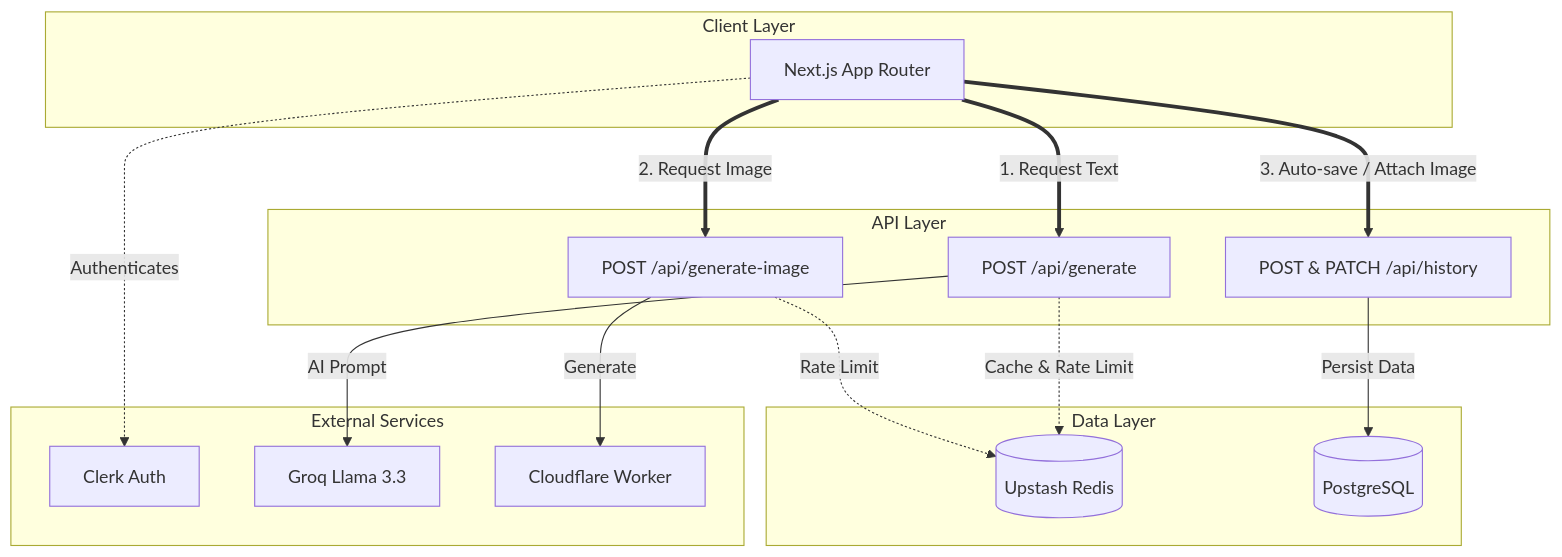
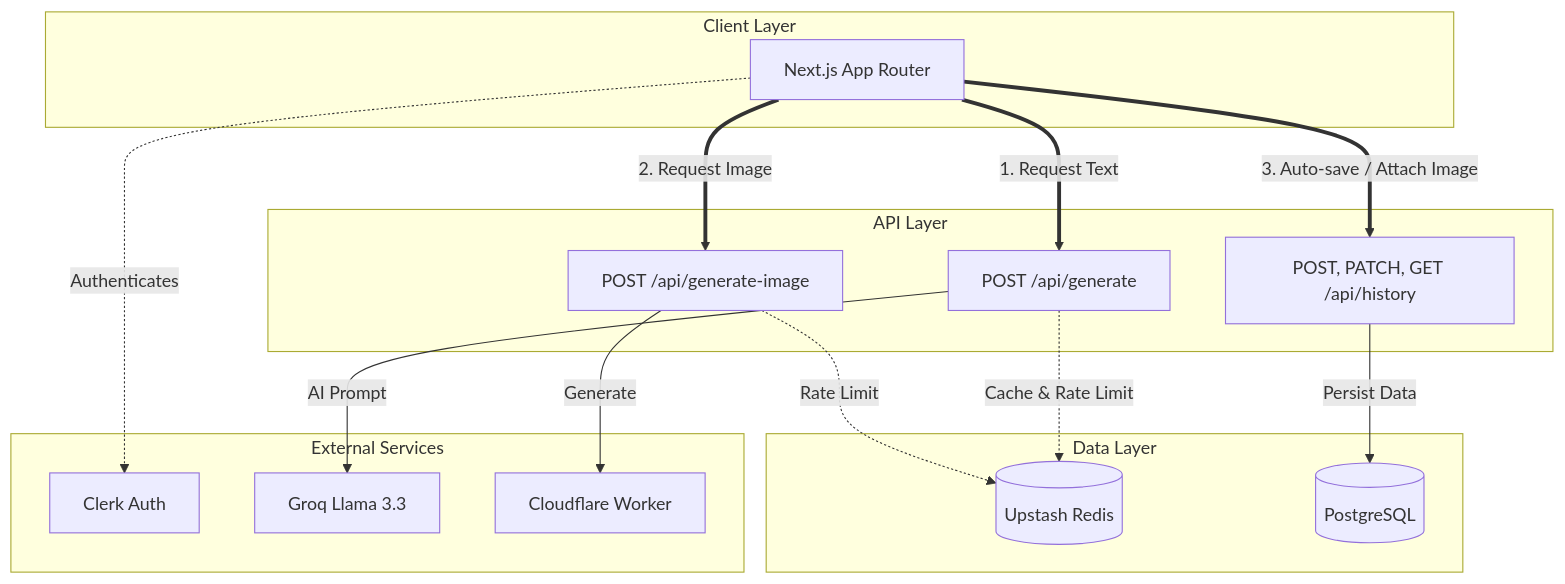
The diagram in README.md (FayssalSabri/LinkedInGenerator), drawn with Mermaid before and after one commit. The commit also changed other lines of this file, not shown here.

````diff
--- a/README.md
+++ b/README.md
@@ -48,36 +60,36 @@
 ```mermaid
 flowchart TD
     subgraph Frontend [Client Layer]
         Client[Next.js App Router]
     end
 
     subgraph API [API Layer]
         GenAPI[POST /api/generate]
         ImgAPI[POST /api/generate-image]
-        HistAPI[POST & PATCH /api/history]
+        HistAPI[POST, PATCH, GET /api/history]
     end
 
     subgraph External [External Services]
         Clerk[Clerk Auth]
         Groq[Groq Llama 3.3]
         CF[Cloudflare Worker]
     end
 
     subgraph Data [Data Layer]
         Redis[(Upstash Redis)]
         DB[(PostgreSQL)]
     end
 
     Client -.->|Authenticates| Clerk
 
     Client ==>|1. Request Text| GenAPI
     GenAPI -.->|Cache & Rate Limit| Redis
     GenAPI -->|AI Prompt| Groq
 
     Client ==>|2. Request Image| ImgAPI
     ImgAPI -.->|Rate Limit| Redis
     ImgAPI -->|Generate| CF
 
     Client ==>|3. Auto-save / Attach Image| HistAPI
     HistAPI -->|Persist Data| DB
 ```
````
